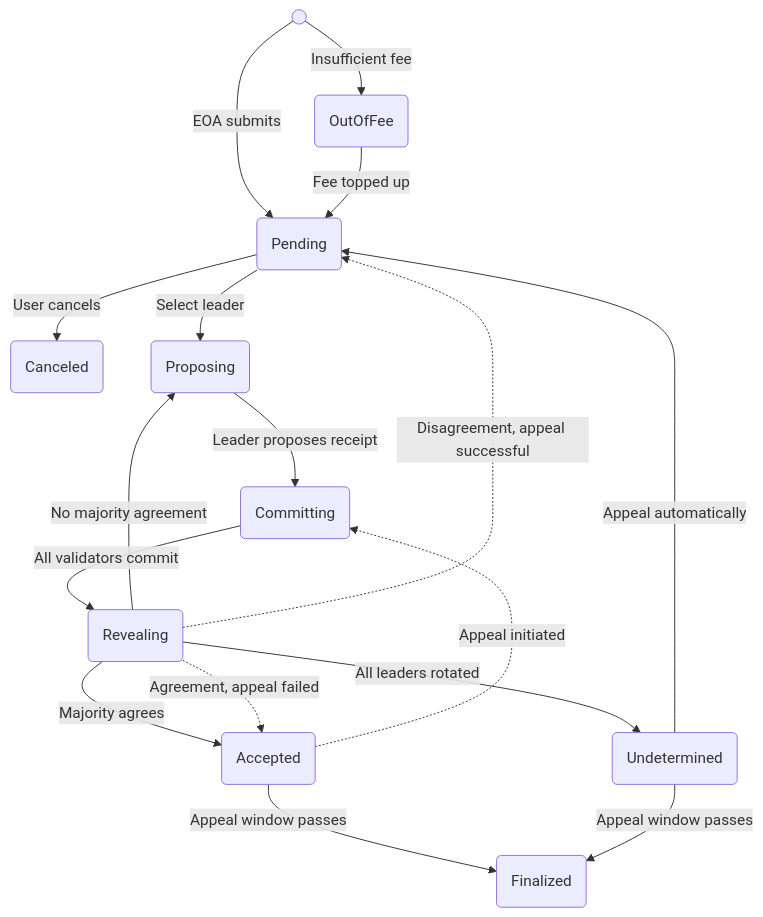
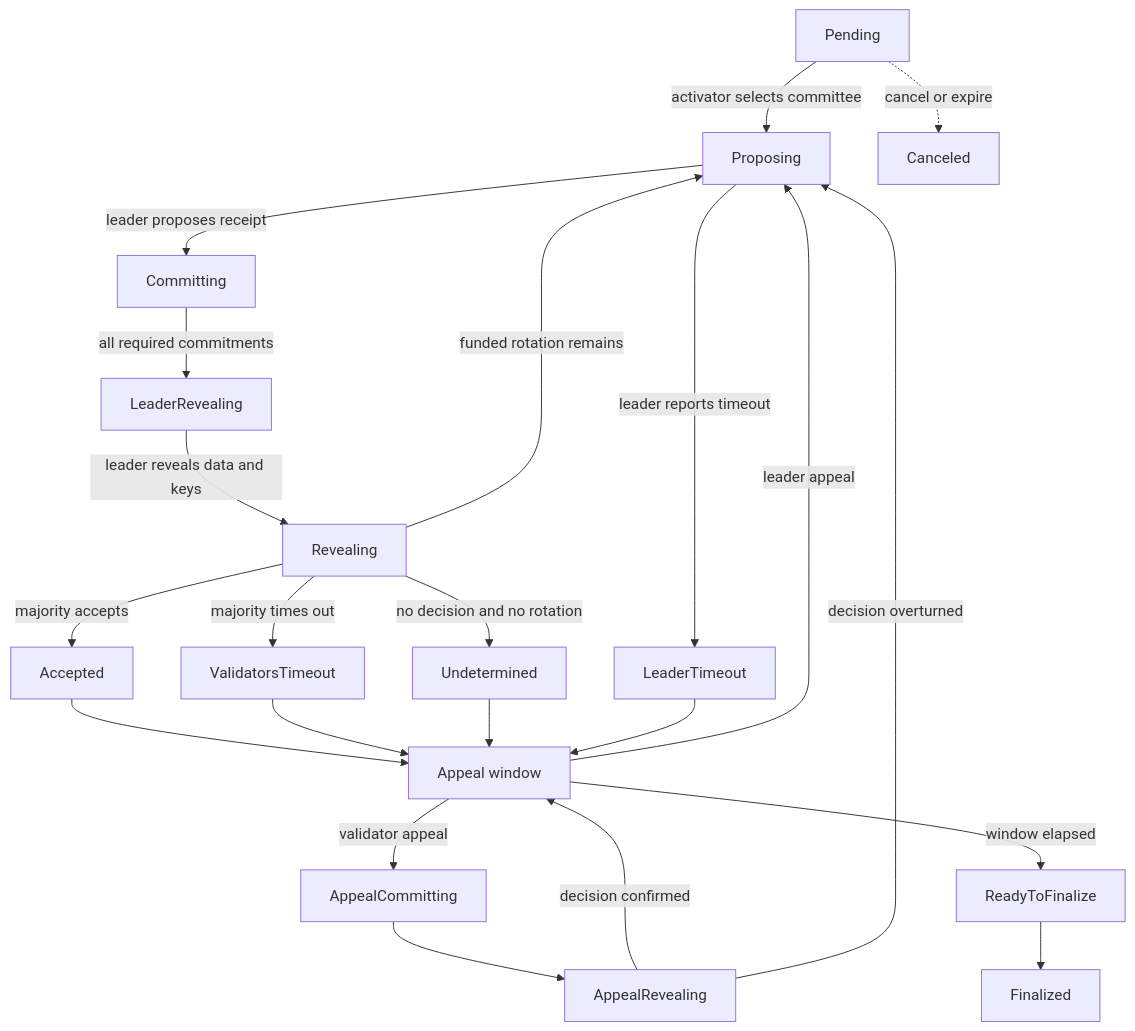
Before and after one commit to genlayerlabs/genlayer-docs: the diagram in pages/understand-genlayer-protocol/core-concepts/transactions/transaction-execution.mdx, drawn with Mermaid. The commit also changed other lines of this file and 39 other files, not shown here.

````diff
--- a/pages/understand-genlayer-protocol/core-concepts/transactions/transaction-execution.mdx
+++ b/pages/understand-genlayer-protocol/core-concepts/transactions/transaction-execution.mdx
@@ -20,22 +9,26 @@
 ```mermaid
-graph TD;
-    Start(( )) -->|EOA submits| Pending(Pending)
-    Start -->|Insufficient fee| OutOfFee(OutOfFee)
-    OutOfFee -->|Fee topped up| Pending
-    Pending -->|User cancels| Canceled(Canceled)
+flowchart TD
+    A[Pending] -->|activator selects committee| B[Proposing]
+    B -->|leader proposes receipt| C[Committing]
+    C -->|all required commitments| D[LeaderRevealing]
+    D -->|leader reveals data and keys| E[Revealing]
+    E -->|majority accepts| F[Accepted]
+    E -->|majority times out| VT[ValidatorsTimeout]
+    E -->|no decision and no rotation| U[Undetermined]
+    E -->|funded rotation remains| B
+    B -->|leader reports timeout| LT[LeaderTimeout]
 
-    Pending -->|Select leader| Proposing(Proposing)
-    Proposing -->|Leader proposes receipt| Committing(Committing)
-    Committing -->|All validators commit| Revealing(Revealing)
+    F --> W[Appeal window]
+    VT --> W
+    U --> W
+    LT --> W
+    W -->|validator appeal| AC[AppealCommitting]
+    AC --> AR[AppealRevealing]
+    AR -->|decision confirmed| W
+    AR -->|decision overturned| B
+    W -->|leader appeal| B
+    W -->|window elapsed| RF[ReadyToFinalize]
+    RF --> FIN[Finalized]
 
-    Revealing -->|Majority agrees| Accepted(Accepted)
-    Revealing -->|No majority agreement| Proposing
-    Revealing -->|All leaders rotated| Undetermined(Undetermined)
-    Revealing -.->|Disagreement, appeal successful| Pending
-    Revealing -.->|Agreement, appeal failed| Accepted
-
-    Accepted -->|Appeal window passes| Finalized(Finalized)
-    Undetermined -->|Appeal window passes| Finalized
-    Accepted -.->|Appeal initiated| Committing
-    Undetermined -->|Appeal automatically| Pending
+    A -.->|cancel or expire| X[Canceled]
 ```
````
